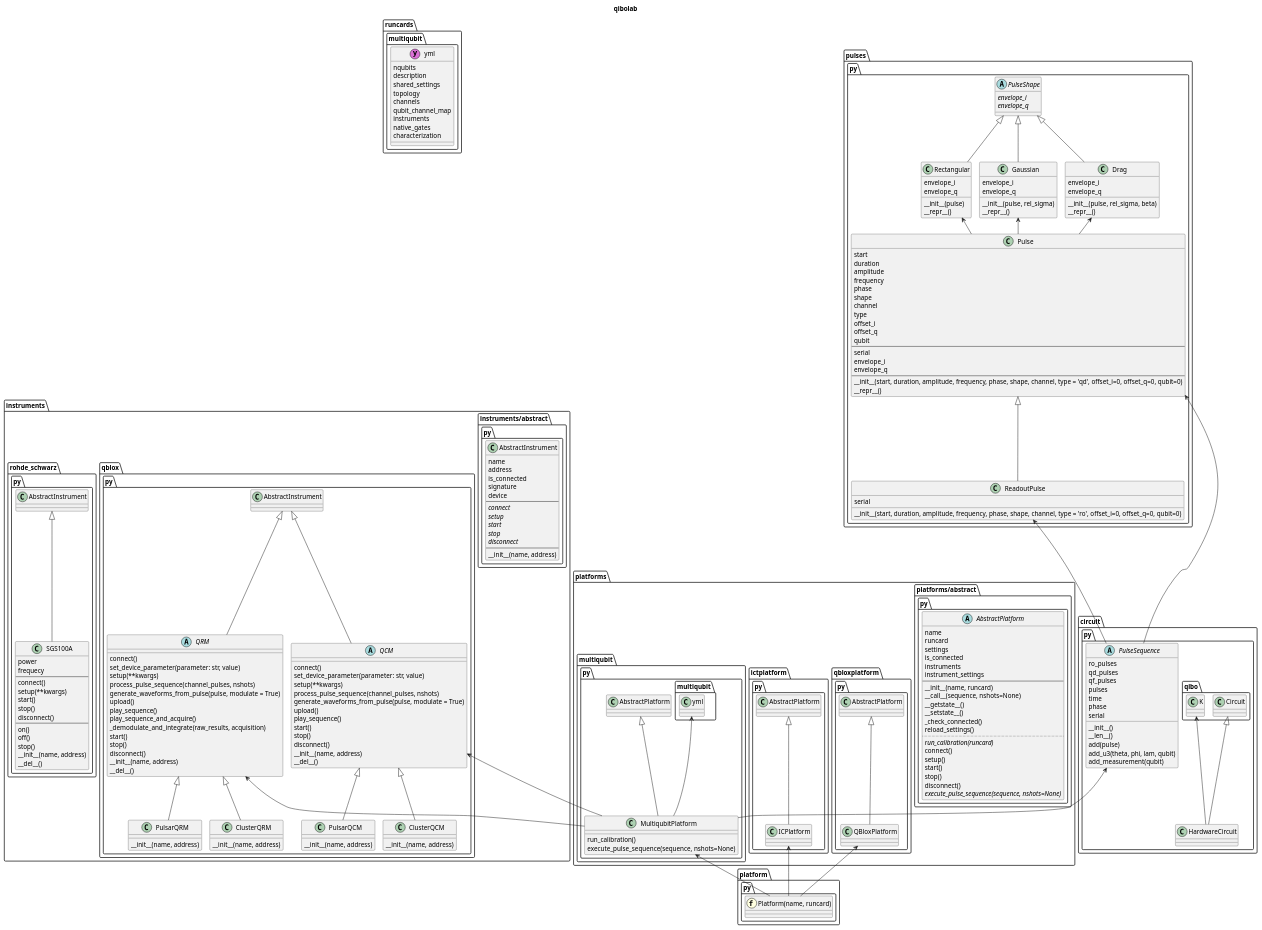
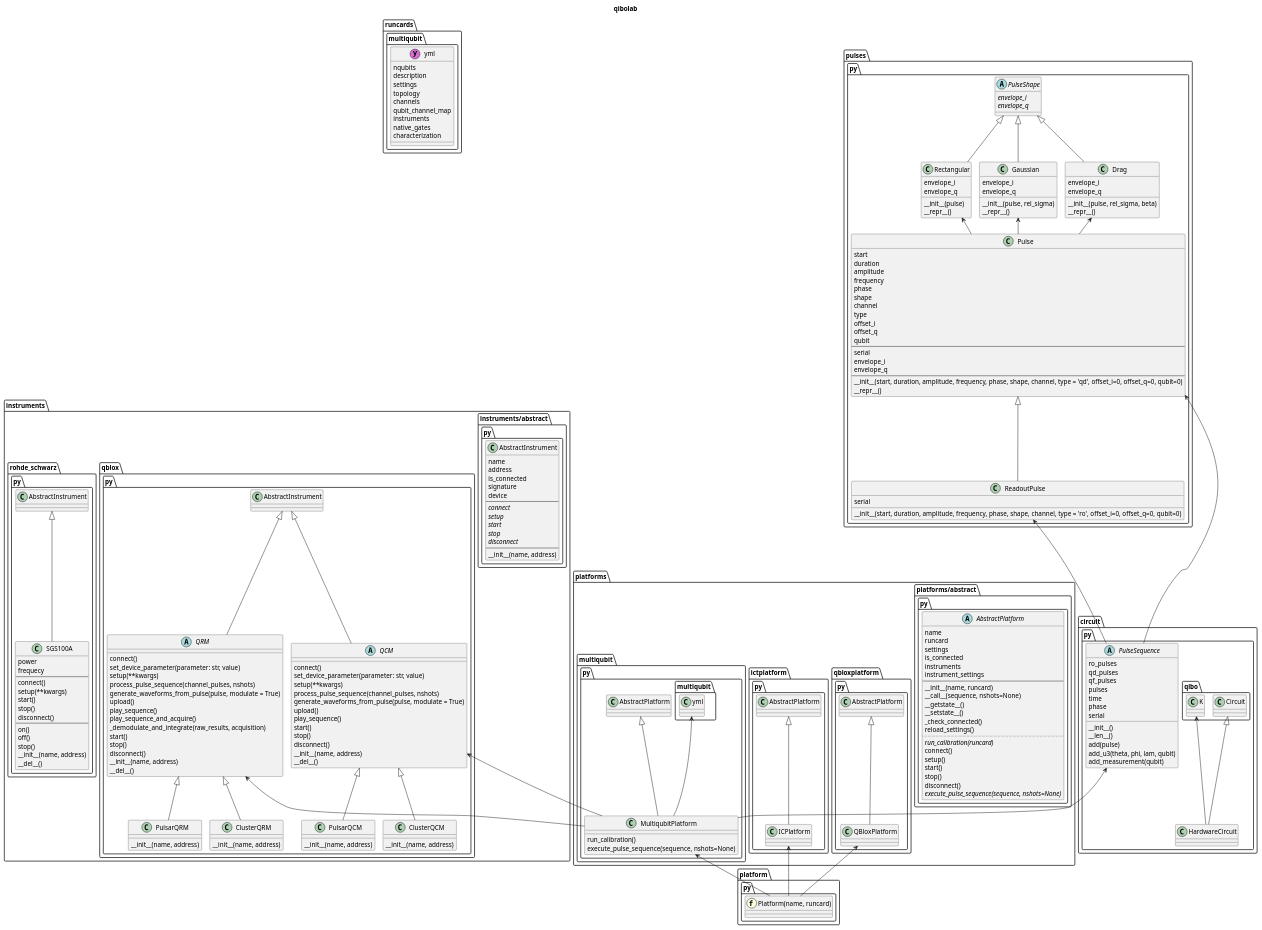
Before and after one commit to qiboteam/qibolab: the diagram in doc/diagrams/multiqubit.puml, drawn with PlantUML. The commit also changed 2 other files, not shown here.

Commit message:
renaming shared_settings as settings and setup as settings

```diff
--- a/doc/diagrams/multiqubit.puml
+++ b/doc/diagrams/multiqubit.puml
@@ -6,7 +6,7 @@
     entity multiqubit.yml  <<(y, orchid)>> {
         nqubits
         description
-        shared_settings
+        settings
         topology
         channels
         qubit_channel_map
```
